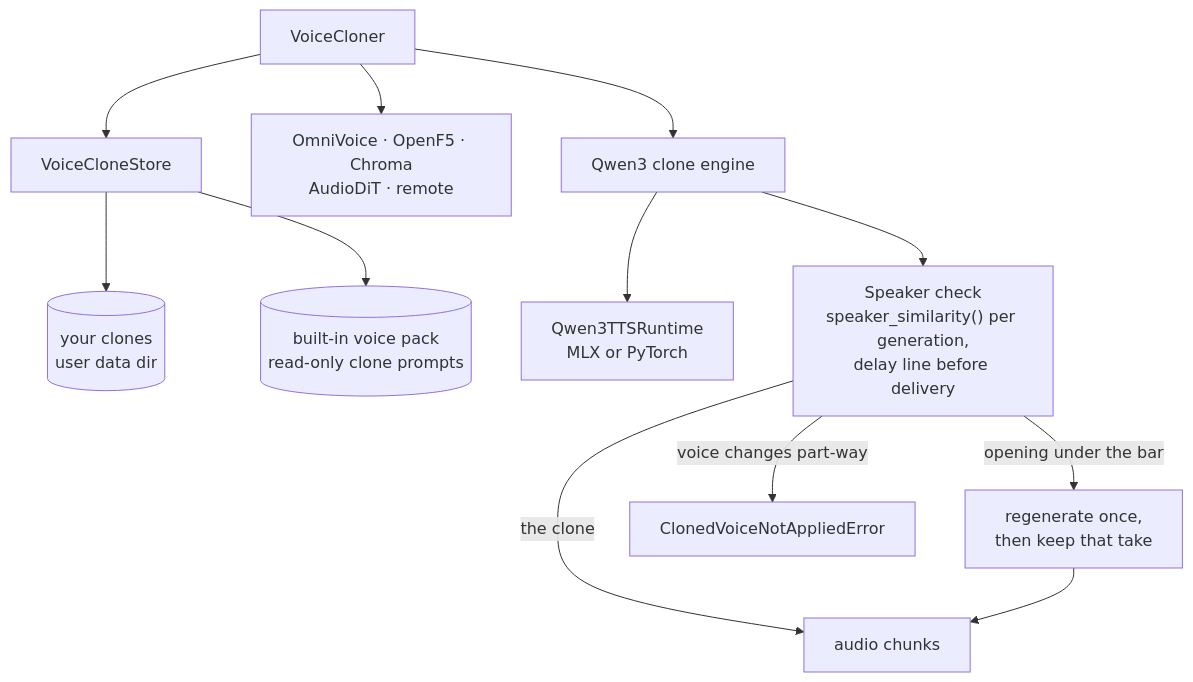
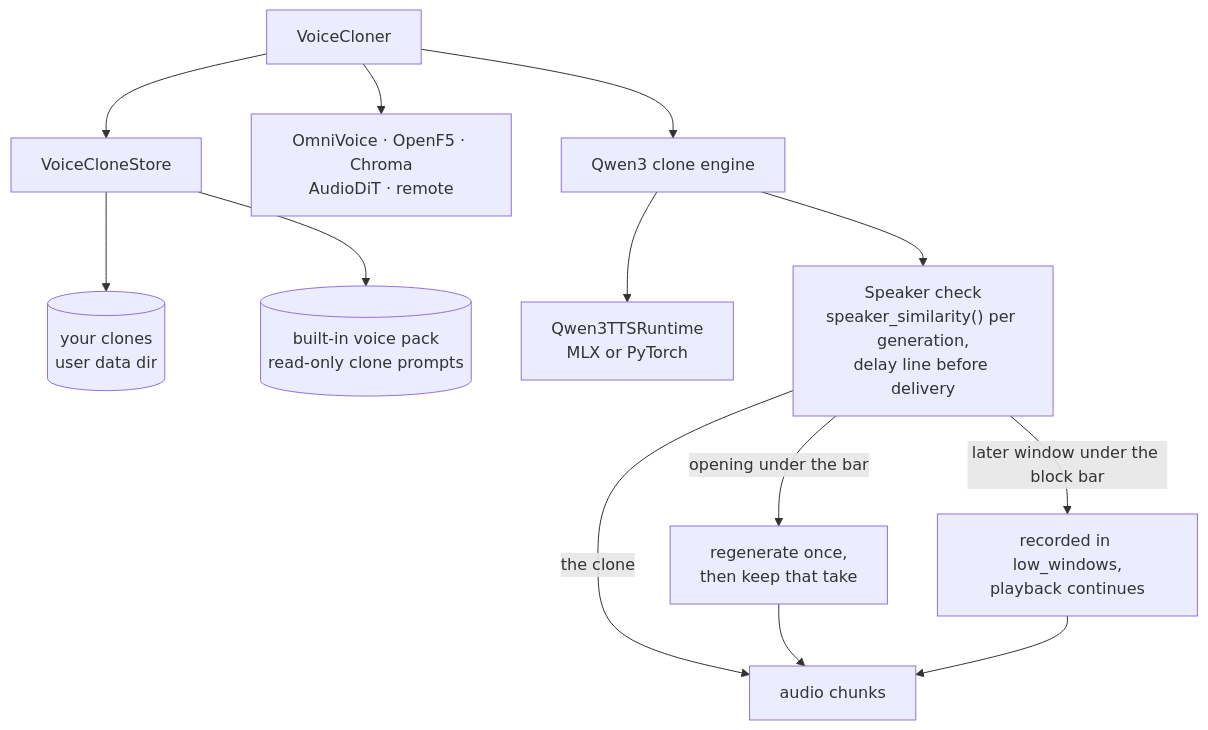
Before and after one commit to lpalbou/AbstractVoice: the third of 5 diagrams in docs/architecture.md, drawn with Mermaid. The commit also changed 10 other files, not shown here.

````diff
--- a/docs/architecture.md
+++ b/docs/architecture.md
@@ -61,14 +61,15 @@
 ```mermaid
 flowchart TB
   Cloner["VoiceCloner"] --> Store["VoiceCloneStore"]
   Store --> UserVoices[("your clones<br/>user data dir")]
   Store --> Builtin[("built-in voice pack<br/>read-only clone prompts")]
   Cloner --> OtherClone["OmniVoice · OpenF5 · Chroma<br/>AudioDiT · remote"]
   Cloner --> QwenClone["Qwen3 clone engine"]
   QwenClone --> Runtime["Qwen3TTSRuntime<br/>MLX or PyTorch"]
   QwenClone --> Check["Speaker check<br/>speaker_similarity() per generation,<br/>delay line before delivery"]
   Check -->|"the clone"| Out["audio chunks"]
   Check -->|"opening under the bar"| Retry["regenerate once,<br/>then keep that take"]
   Retry --> Out
-  Check -->|"voice changes part-way"| Err["ClonedVoiceNotAppliedError"]
+  Check -->|"later window under the block bar"| Rec["recorded in low_windows,<br/>playback continues"]
+  Rec --> Out
 ```
````
